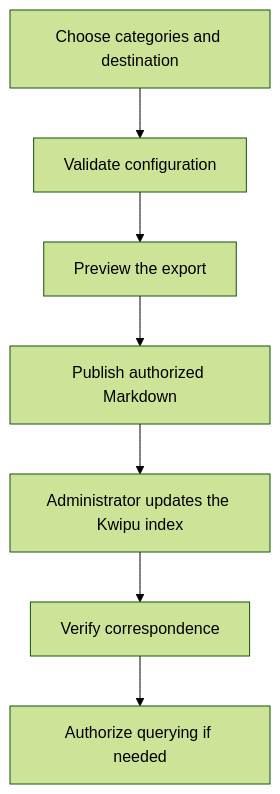
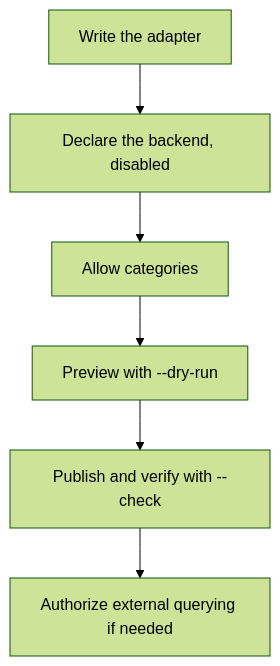
The third of 4 diagrams in docs/en/guides/memory.md (daycry/custom-agents), drawn with Mermaid (forest theme) before and after one commit. The commit also changed other lines of this file and 60 other files, not shown here.

````diff
--- a/docs/en/guides/memory.md
+++ b/docs/en/guides/memory.md
@@ -152,9 +152,8 @@
 ```mermaid
 flowchart TD
-    A[Choose categories and destination] --> B[Validate configuration]
-    B --> C[Preview the export]
-    C --> D[Publish authorized Markdown]
-    D --> E[Administrator updates the Kwipu index]
-    E --> F[Verify correspondence]
-    F --> G[Authorize querying if needed]
+    A[Write the adapter] --> B[Declare the backend, disabled]
+    B --> C[Allow categories]
+    C --> D[Preview with --dry-run]
+    D --> E[Publish and verify with --check]
+    E --> F[Authorize external querying if needed]
 ```
````
